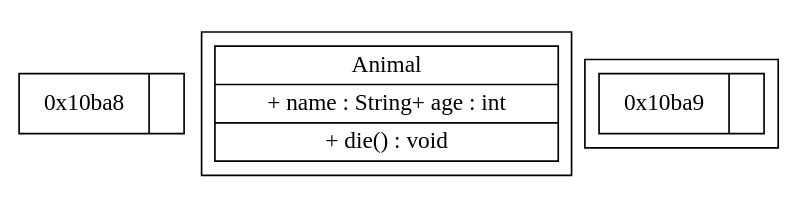
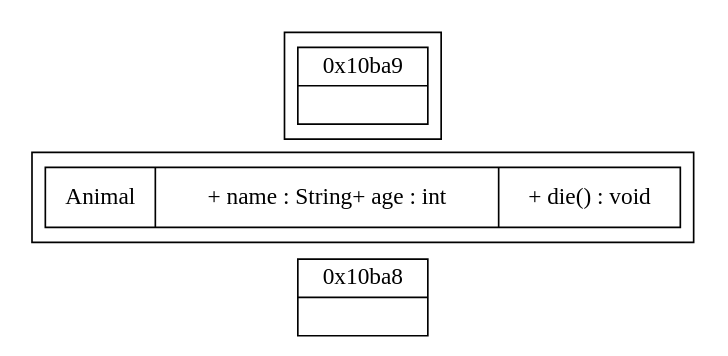
One commit to sisyphus1212/note changed the diagram in dpdk/内存管理.md. Above: the diagram before and after it, drawn with Graphviz.

Commit message:
auto_update

````diff
--- a/dpdk/内存管理.md
+++ b/dpdk/内存管理.md
@@ -16,19 +16,20 @@
 ```graphviz
 digraph g {
+	rankdir=LR;
 	"node0" [
 		label = "0x10ba8| <f1>"
 		shape = "record"
 	];
 	subgraph cluster_0 {
 		rankdir=TB;
 		Animal[label = "{Animal | + name : String+ age : int |+ die() : void}", shape = "record" ];
 	}
 	subgraph cluster_1 {
 		rankdir=TB;
 		"node1" [
 			label = "0x10ba9| <f1>"
 			shape = "record"
 		];
 	}
 }
 ```
````
